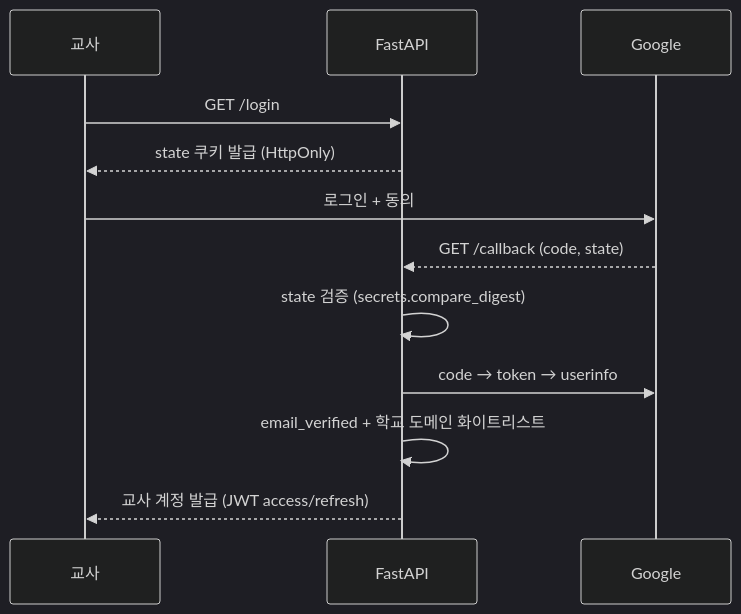
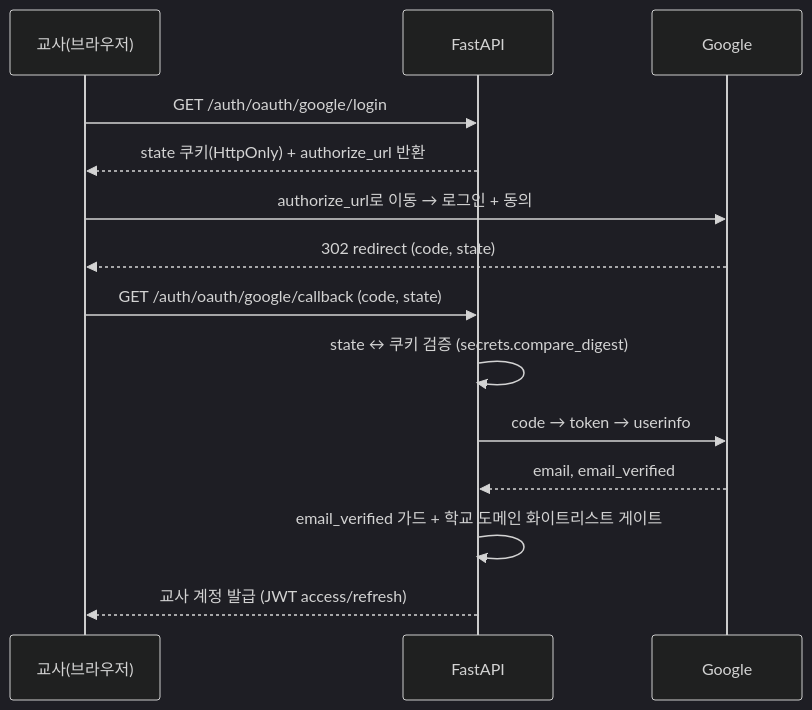
Before and after one commit to jdh4601/student-manager: the ninth of 14 diagrams in docs/notes/presentation-outline.md, drawn with Mermaid (dark theme). The commit also changed other lines of this file and 1 other file, not shown here.

First line of the commit message:
docs(notes,arch): add schema-separation + ERD slides, reframe deploy rationale

````diff
--- a/docs/notes/presentation-outline.md
+++ b/docs/notes/presentation-outline.md
@@ -260,14 +368,16 @@
 ```mermaid
 sequenceDiagram
-  participant T as 교사
+  participant T as 교사(브라우저)
   participant API as FastAPI
   participant G as Google
-  T->>API: GET /login
-  API-->>T: state 쿠키 발급 (HttpOnly)
-  T->>G: 로그인 + 동의
-  G-->>API: GET /callback (code, state)
-  API->>API: state 검증 (secrets.compare_digest)
+  T->>API: GET /auth/oauth/google/login
+  API-->>T: state 쿠키(HttpOnly) + authorize_url 반환
+  T->>G: authorize_url로 이동 → 로그인 + 동의
+  G-->>T: 302 redirect (code, state)
+  T->>API: GET /auth/oauth/google/callback (code, state)
+  API->>API: state ↔ 쿠키 검증 (secrets.compare_digest)
   API->>G: code → token → userinfo
-  API->>API: email_verified + 학교 도메인 화이트리스트
+  G-->>API: email, email_verified
+  API->>API: email_verified 가드 + 학교 도메인 화이트리스트 게이트
   API-->>T: 교사 계정 발급 (JWT access/refresh)
 ```
````
